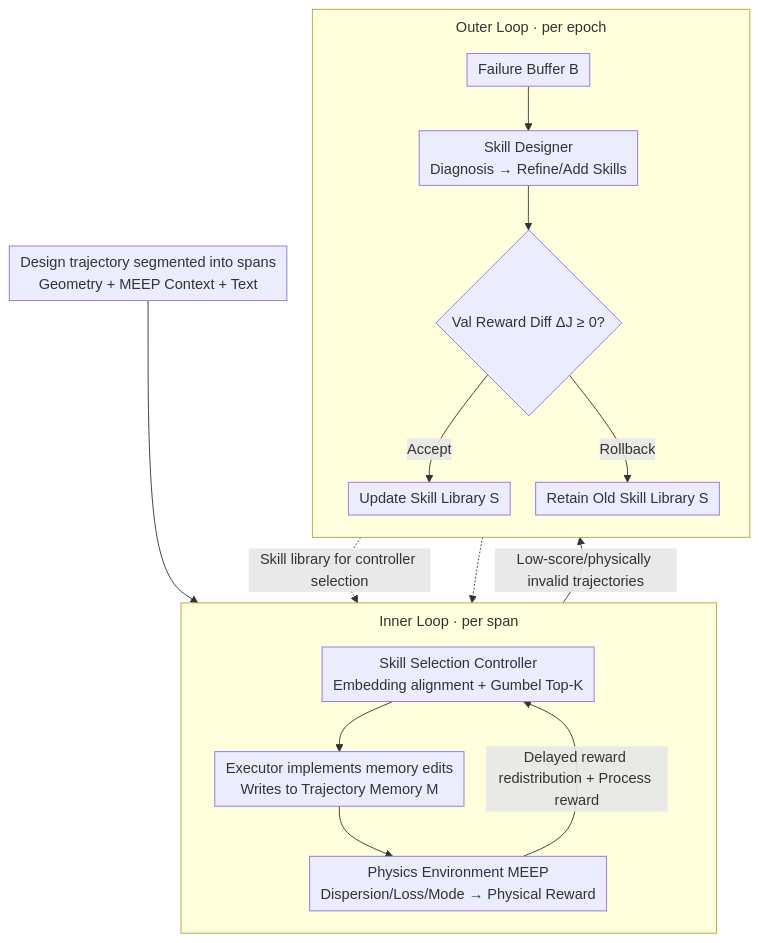
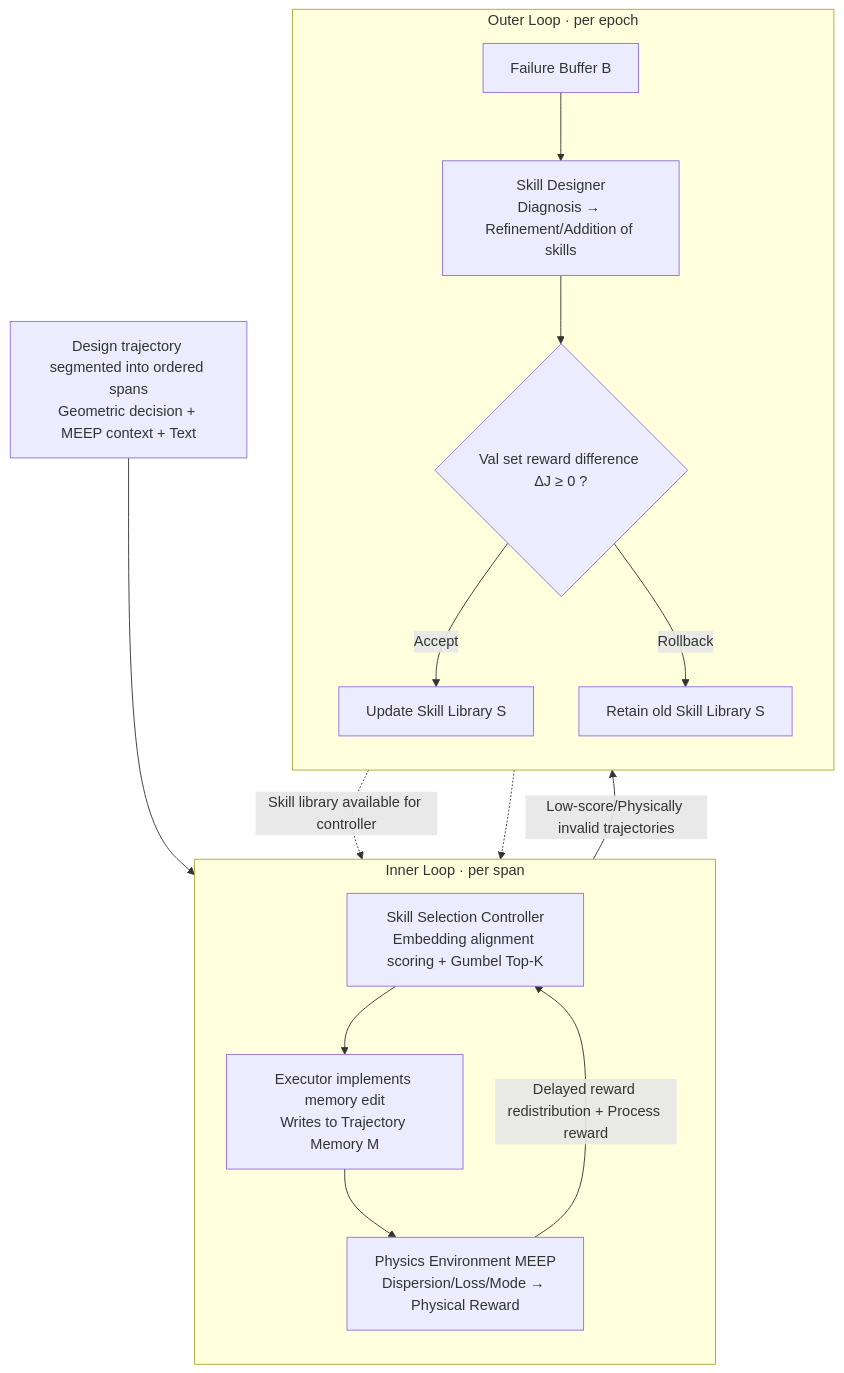
Before and after one commit to zhaoyang97/Paper-Notes-en: the diagram in docs/ICML2026/recommender/learning_design_skills_as_memory_policies_for_agentic_photonic_inverse_design.md, drawn with Mermaid. The commit also changed other lines of this file and 5084 other files, not shown here.

````diff
--- a/docs/ICML2026/recommender/learning_design_skills_as_memory_policies_for_agentic_photonic_inverse_design.md
+++ b/docs/ICML2026/recommender/learning_design_skills_as_memory_policies_for_agentic_photonic_inverse_design.md
@@ -44,21 +44,20 @@
 ```mermaid
-%%{init: {'flowchart': {'rankSpacing': 24, 'nodeSpacing': 28, 'padding': 6, 'wrappingWidth': 400, 'subGraphTitleMargin': {'top': 8, 'bottom': 16}}}}%%
 flowchart TD
-    A["Design trajectory segmented into spans<br/>Geometry + MEEP Context + Text"] --> B
+    A["Design trajectory segmented into ordered spans<br/>Geometric decision + MEEP context + Text"] --> B
     subgraph INNER["Inner Loop · per span"]
         direction TB
-        B["Skill Selection Controller<br/>Embedding alignment + Gumbel Top-K"] --> C["Executor implements memory edits<br/>Writes to Trajectory Memory M"]
+        B["Skill Selection Controller<br/>Embedding alignment scoring + Gumbel Top-K"] --> C["Executor implements memory edit<br/>Writes to Trajectory Memory M"]
         C --> E["Physics Environment MEEP<br/>Dispersion/Loss/Mode → Physical Reward"]
         E -->|Delayed reward redistribution + Process reward| B
     end
-    E -->|Low-score/physically invalid trajectories| F["Failure Buffer B"]
+    E -->|Low-score/Physically invalid trajectories| F["Failure Buffer B"]
     subgraph OUTER["Outer Loop · per epoch"]
         direction TB
-        F --> G["Skill Designer<br/>Diagnosis → Refine/Add Skills"]
-        G --> H{"Val Reward Diff ΔJ ≥ 0?"}
+        F --> G["Skill Designer<br/>Diagnosis → Refinement/Addition of skills"]
+        G --> H{"Val set reward difference ΔJ ≥ 0 ?"}
         H -->|Accept| I["Update Skill Library S"]
-        H -->|Rollback| J["Retain Old Skill Library S"]
+        H -->|Rollback| J["Retain old Skill Library S"]
     end
-    I -.Skill library for controller selection.-> B
+    I -.Skill library available for controller.-> B
     J -.-> B
 ```
````
